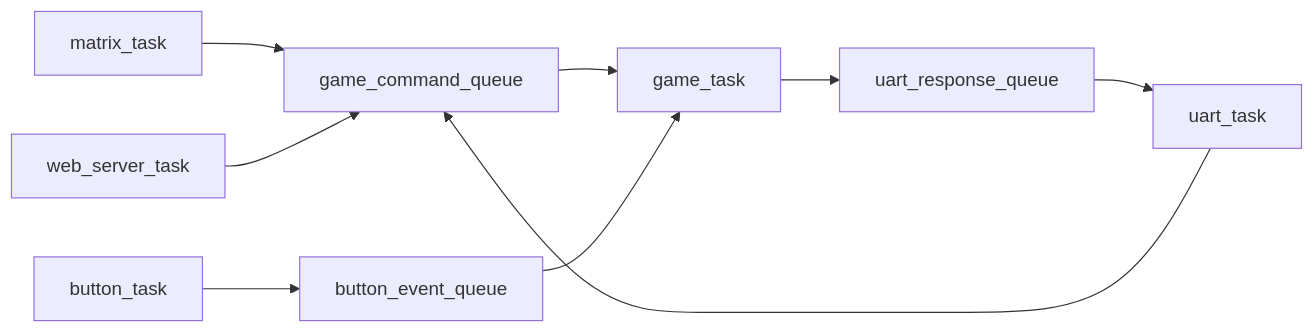
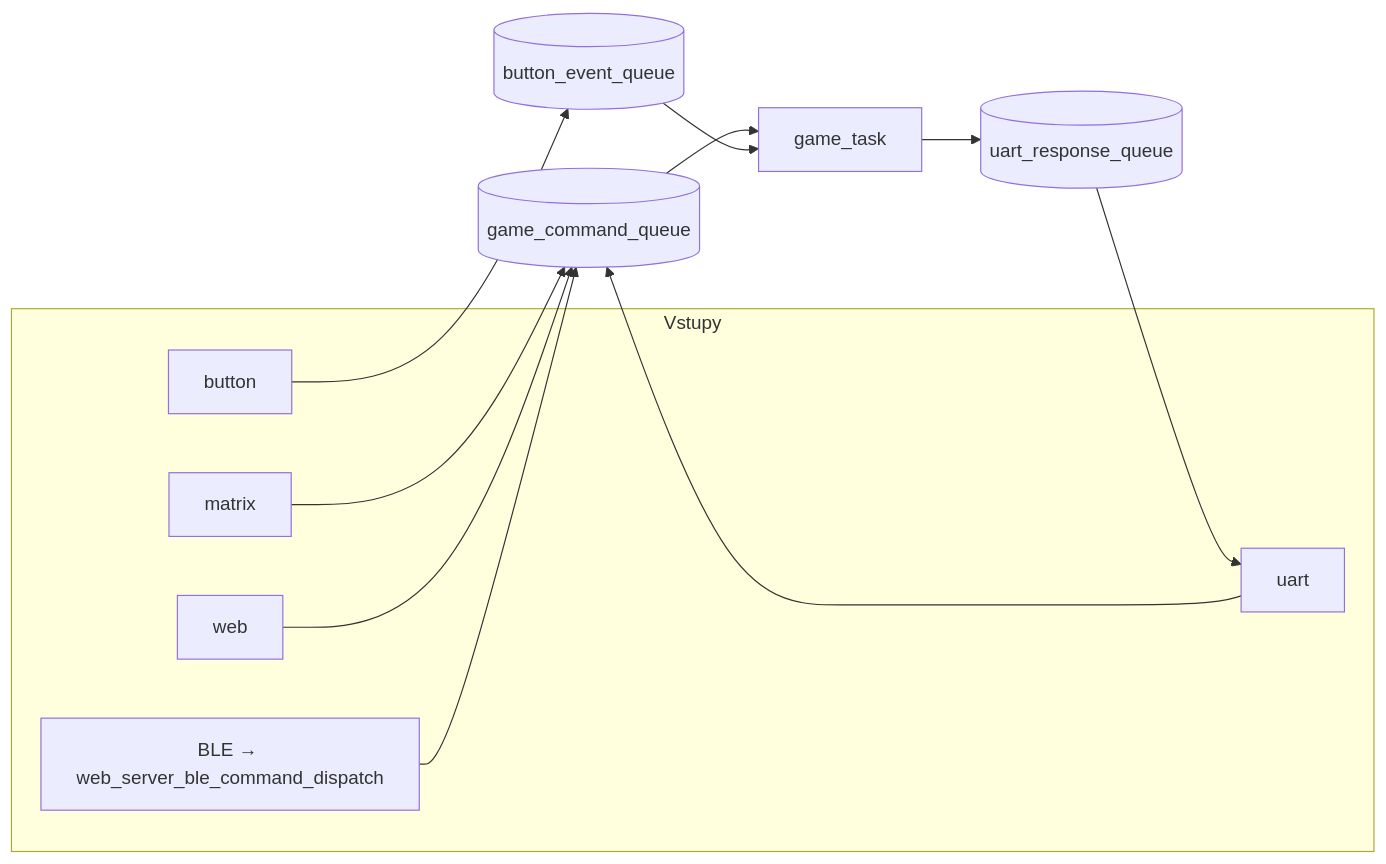
Before and after one commit to AlfredKrutina/chess_esp32_c6_devkit: the diagram in README.md, drawn with Mermaid. The commit also changed other lines of this file and 21 other files, not shown here.

First line of the commit message:
docs(diagrams): přesná topologie, rozšířený README a nové .mmd

````diff
--- a/README.md
+++ b/README.md
@@ -184,11 +137,21 @@
 ```mermaid
 flowchart LR
-  MAT[matrix_task] --> GQ[game_command_queue]
-  UART[uart_task] --> GQ
-  WEB[web_server_task] --> GQ
-  BTN[button_task] --> BQ[button_event_queue]
-  GQ --> GAME[game_task]
-  BQ --> GAME
-  GAME --> URQ[uart_response_queue]
-  URQ --> UART
+  subgraph IN["Vstupy"]
+    MT[matrix]
+    BTN[button]
+    SER[uart]
+    WEB[web]
+    BLE["BLE → web_server_ble_command_dispatch"]
+  end
+  GQ[(game_command_queue)]
+  BQ[(button_event_queue)]
+  GT[game_task]
+  MT --> GQ
+  SER --> GQ
+  WEB --> GQ
+  BLE --> GQ
+  BTN --> BQ
+  GQ --> GT
+  BQ --> GT
+  GT --> URQ[(uart_response_queue)] --> SER
 ```
````
